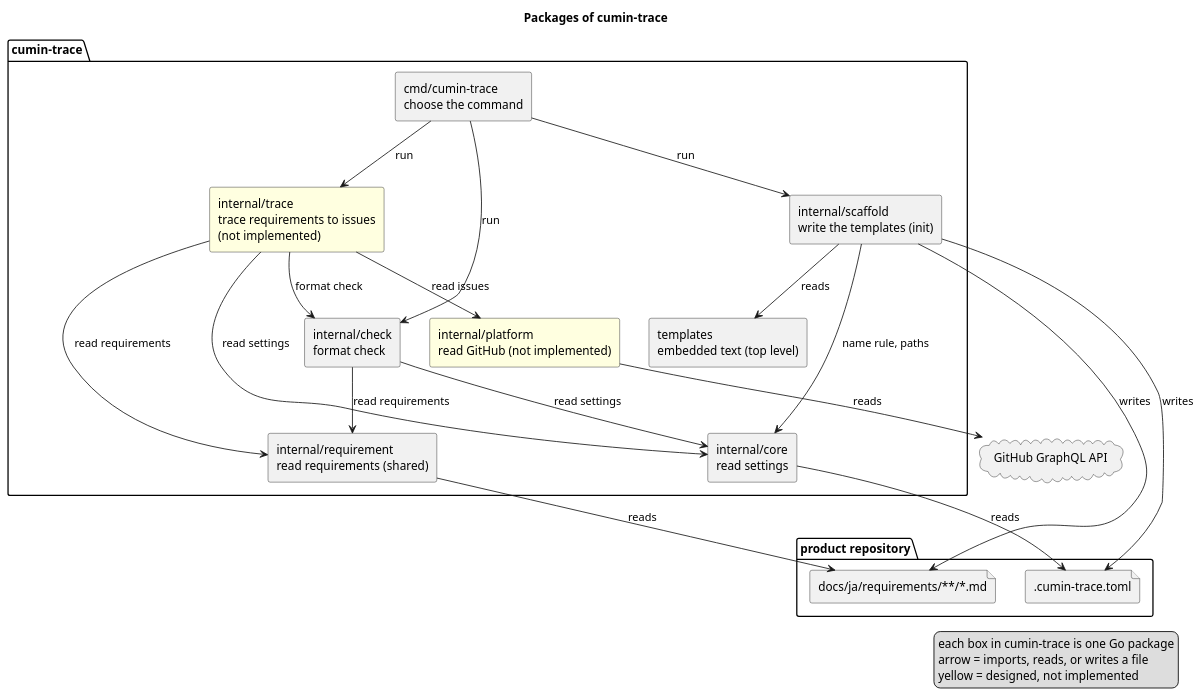
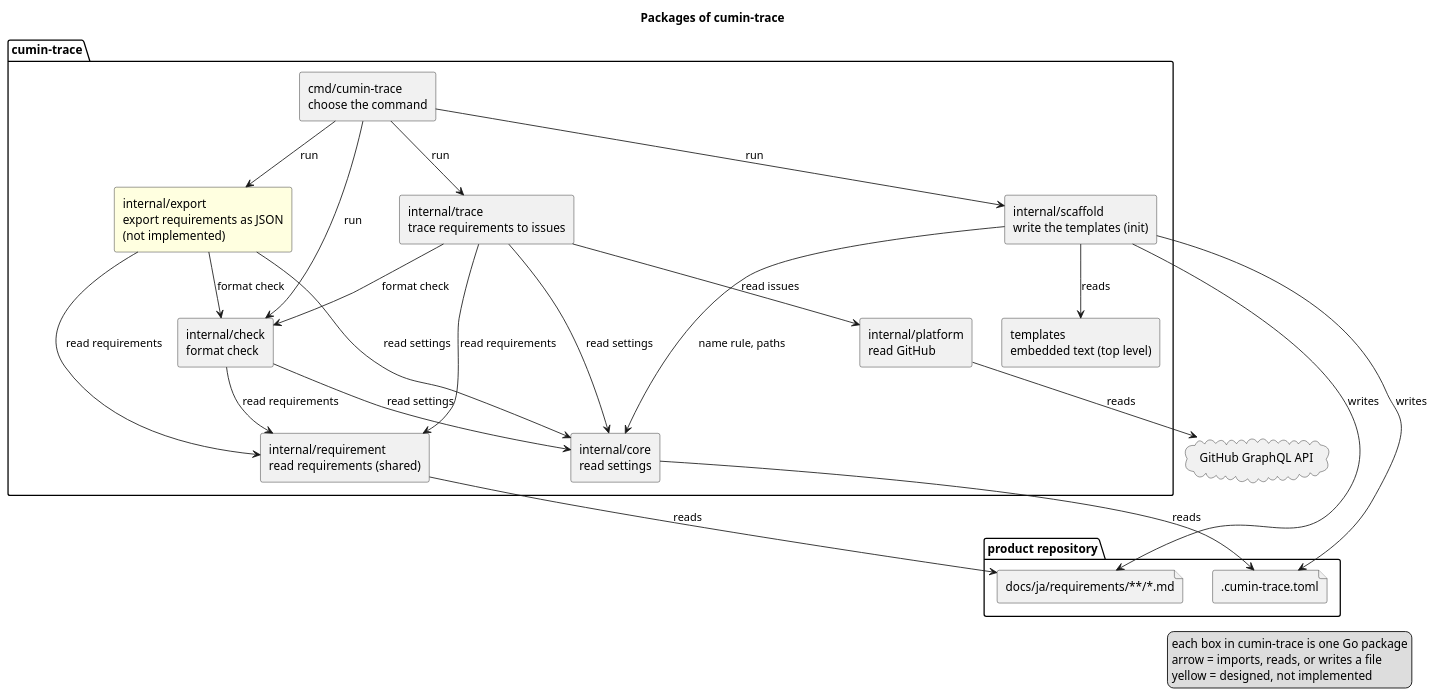
One commit to cloveclovedev/cumin-trace changed the diagram in docs/ja/architecture/overview.puml. Above: the diagram before and after it, drawn with PlantUML. The commit also changed 10 other files, not shown here.

```diff
--- a/docs/ja/architecture/overview.puml
+++ b/docs/ja/architecture/overview.puml
@@ -1,46 +1,51 @@
 @startuml overview
 title Packages of cumin-trace
 skinparam shadowing false
 skinparam componentStyle rectangle
 
 package "product repository" {
   file ".cumin-trace.toml" as toml
   file "docs/ja/requirements/**/*.md" as docs
 }
 
 package "cumin-trace" {
   [cmd/cumin-trace\nchoose the command] as cmd
   [internal/check\nformat check] as check
   [internal/requirement\nread requirements (shared)] as requirement
   [internal/core\nread settings] as core
   [internal/scaffold\nwrite the templates (init)] as scaffold
   [templates\nembedded text (top level)] as templates
-  [internal/trace\ntrace requirements to issues\n(not implemented)] as trace #LightYellow
-  [internal/platform\nread GitHub (not implemented)] as platform #LightYellow
+  [internal/trace\ntrace requirements to issues] as trace
+  [internal/platform\nread GitHub] as platform
+  [internal/export\nexport requirements as JSON\n(not implemented)] as export #LightYellow
 }
 
 cloud "GitHub GraphQL API" as api
 
 cmd --> check : run
 cmd --> scaffold : run
 cmd --> trace : run
+cmd --> export : run
+export --> check : format check
+export --> requirement : read requirements
+export --> core : read settings
 trace --> check : format check
 trace --> requirement : read requirements
 trace --> core : read settings
 trace --> platform : read issues
 platform --> api : reads
 scaffold --> templates : reads
 scaffold --> core : name rule, paths
 scaffold --> toml : writes
 scaffold --> docs : writes
 check --> requirement : read requirements
 check --> core : read settings
 core --> toml : reads
 requirement --> docs : reads
 
 legend right
   each box in cumin-trace is one Go package
   arrow = imports, reads, or writes a file
   yellow = designed, not implemented
 endlegend
 @enduml
```
